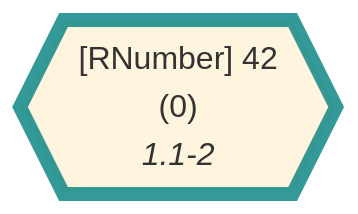
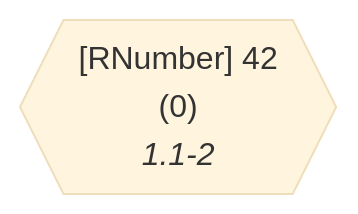
The fourth of 51 diagrams in wiki/Dataflow Graph.md (flowr-analysis/flowr), drawn with Mermaid (base theme) before and after one commit. The commit also changed other lines of this file and 339 other files, not shown here.

````diff
--- a/wiki/Dataflow Graph.md
+++ b/wiki/Dataflow Graph.md
@@ -259,7 +290,6 @@
 ```mermaid
 flowchart LR
     0{{"`#91;RNumber#93; 42
       (0)
       *1.1-2*`"}}
-    style 0 stroke:teal,stroke-width:7px,stroke-opacity:.8;
 ```
````
